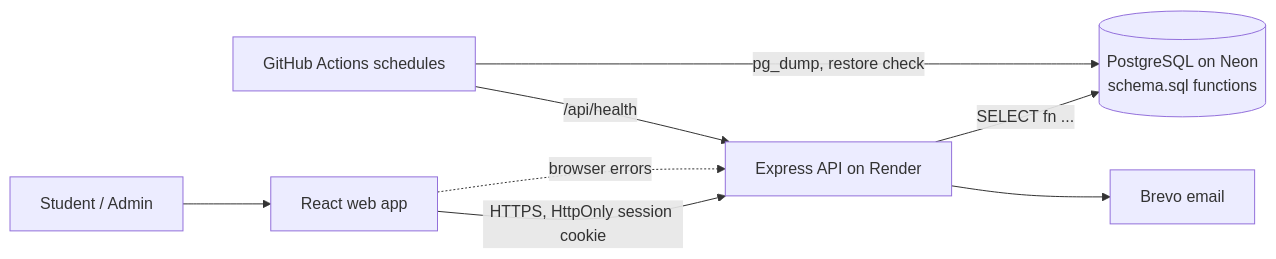
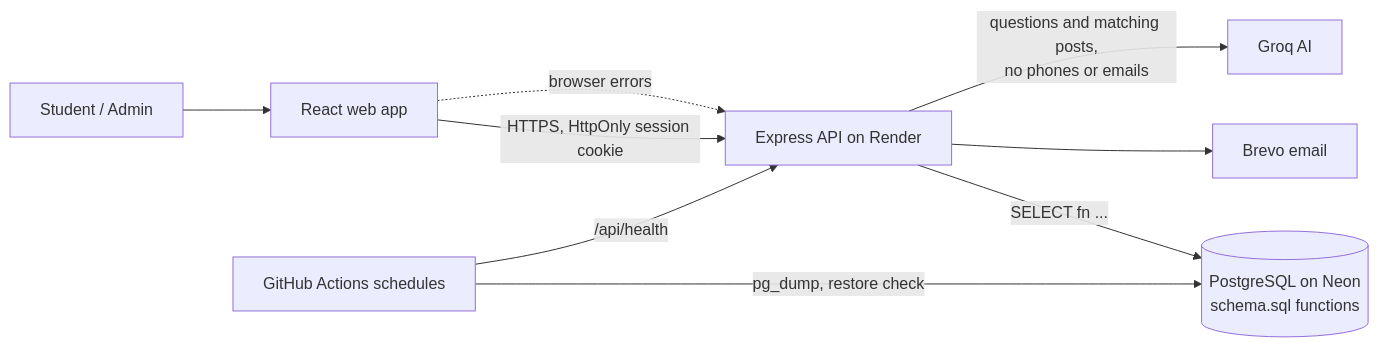
One commit to Kairo-2081/CSB2.0 changed the third of 4 diagrams in README.md. Above: the diagram before and after it, drawn with Mermaid. The commit also changed other lines of this file and 4 other files, not shown here.

````diff
--- a/README.md
+++ b/README.md
@@ -419,10 +461,11 @@
 ```mermaid
 flowchart LR
     U[Student / Admin] --> W[React web app]
     W -->|HTTPS, HttpOnly session cookie| A[Express API on Render]
     A -->|SELECT fn ...| D[(PostgreSQL on Neon<br/>schema.sql functions)]
     A --> M[Brevo email]
+    A -->|questions and matching posts,<br/>no phones or emails| G[Groq AI]
     W -.->|browser errors| A
     J[GitHub Actions schedules] -->|pg_dump, restore check| D
     J -->|/api/health| A
 ```
````
